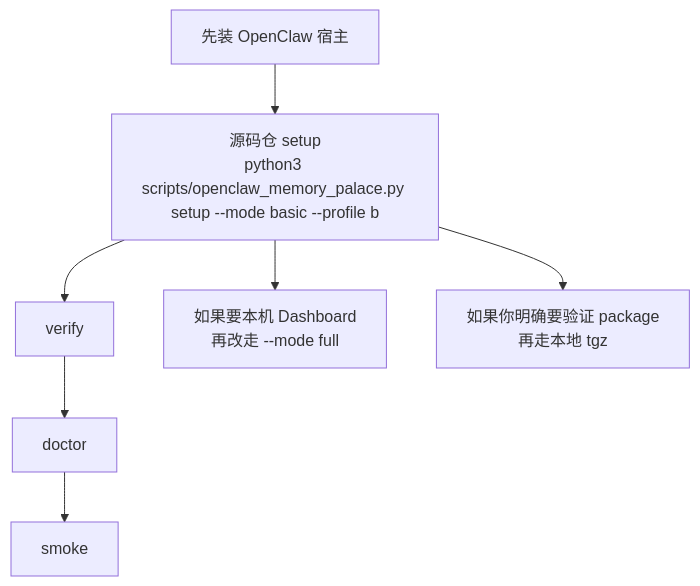
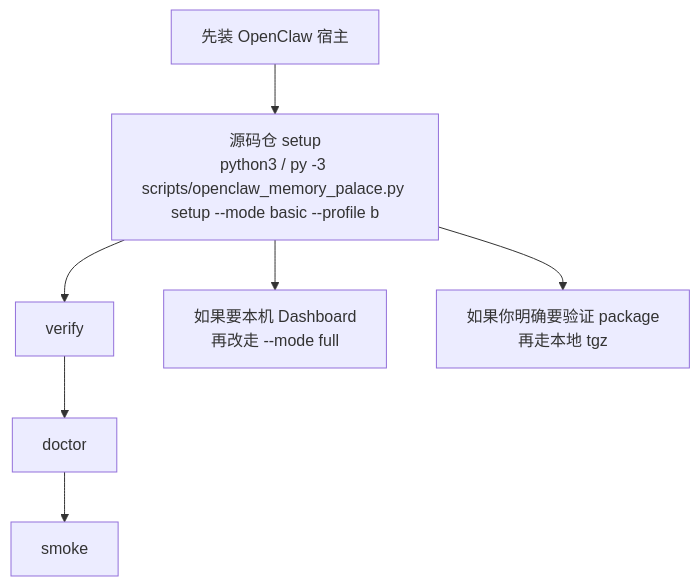
Before and after one commit to AGI-is-going-to-arrive/Memory-Palace-Openclaw: the diagram in docs/images/mermaid/install-run-flow.zh.mmd, drawn with Mermaid. The commit also changed 42 other files, not shown here.

Commit message:
Fix Windows OpenClaw compatibility and docs

```diff
--- a/docs/images/mermaid/install-run-flow.zh.mmd
+++ b/docs/images/mermaid/install-run-flow.zh.mmd
@@ -1,7 +1,7 @@
 flowchart TD
-    A["先装 OpenClaw 宿主"] --> B["源码仓 setup<br/>python3 scripts/openclaw_memory_palace.py setup --mode basic --profile b"]
+    A["先装 OpenClaw 宿主"] --> B["源码仓 setup<br/>python3 / py -3 scripts/openclaw_memory_palace.py setup --mode basic --profile b"]
     B --> C["verify"]
     C --> D["doctor"]
     D --> E["smoke"]
     B --> F["如果要本机 Dashboard<br/>再改走 --mode full"]
     B --> G["如果你明确要验证 package<br/>再走本地 tgz"]
```
